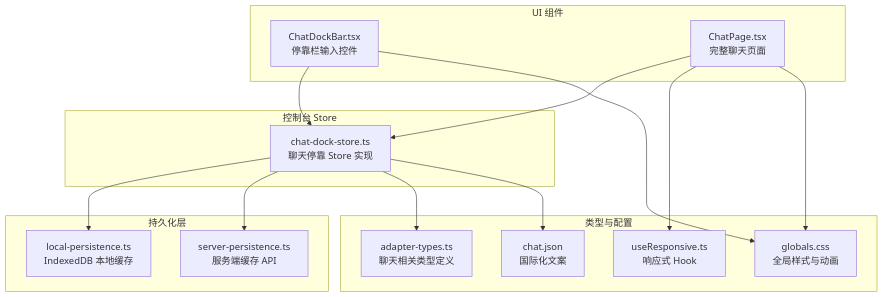
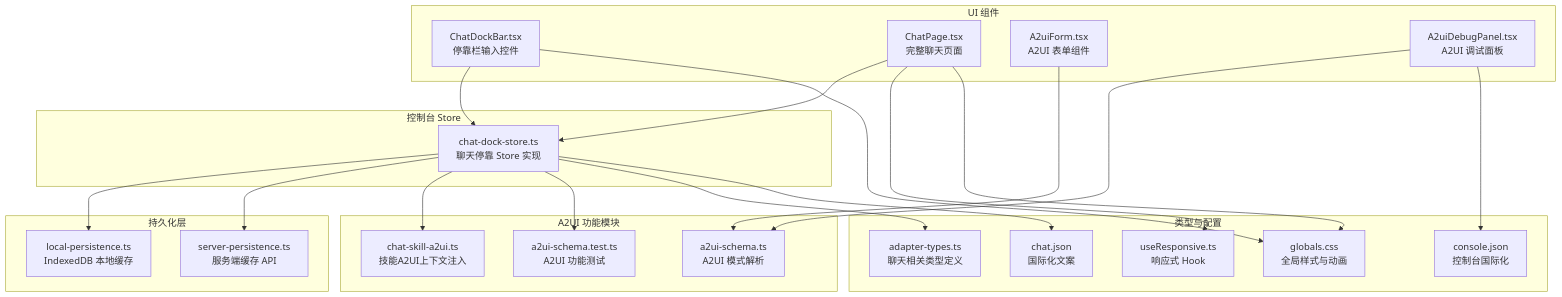
One commit to WW-AI-Lab/openclaw-office changed the first of 9 diagrams in .qoder/repowiki/zh/content/状态管理系统/控制台 Store 系统/聊天停靠 Store.md. Above: the diagram before and after it, drawn with Mermaid. The commit also changed other lines of this file and 36 other files, not shown here.

````diff
--- a/.qoder/repowiki/zh/content/状态管理系统/控制台 Store 系统/聊天停靠 Store.md
+++ b/.qoder/repowiki/zh/content/状态管理系统/控制台 Store 系统/聊天停靠 Store.md
@@ -40,29 +53,42 @@
 ```mermaid
 graph TB
 subgraph "控制台 Store"
 A["chat-dock-store.ts<br/>聊天停靠 Store 实现"]
 end
 subgraph "持久化层"
 B["local-persistence.ts<br/>IndexedDB 本地缓存"]
 C["server-persistence.ts<br/>服务端缓存 API"]
 end
 subgraph "UI 组件"
 D["ChatDockBar.tsx<br/>停靠栏输入控件"]
 E["ChatPage.tsx<br/>完整聊天页面"]
+F["A2uiForm.tsx<br/>A2UI 表单组件"]
+G["A2uiDebugPanel.tsx<br/>A2UI 调试面板"]
+end
+subgraph "A2UI 功能模块"
+H["a2ui-schema.ts<br/>A2UI 模式解析"]
+I["chat-skill-a2ui.ts<br/>技能A2UI上下文注入"]
+J["a2ui-schema.test.ts<br/>A2UI 功能测试"]
 end
 subgraph "类型与配置"
-F["adapter-types.ts<br/>聊天相关类型定义"]
-G["useResponsive.ts<br/>响应式 Hook"]
-H["globals.css<br/>全局样式与动画"]
-I["chat.json<br/>国际化文案"]
+K["adapter-types.ts<br/>聊天相关类型定义"]
+L["useResponsive.ts<br/>响应式 Hook"]
+M["globals.css<br/>全局样式与动画"]
+N["chat.json<br/>国际化文案"]
+O["console.json<br/>控制台国际化"]
 end
 A --> B
 A --> C
 D --> A
 E --> A
-A --> F
-E --> G
-D --> H
-E --> H
+F --> H
+G --> H
 A --> I
+A --> J
+A --> K
+E --> L
+D --> M
+E --> M
+A --> N
+G --> O
 ```
````
